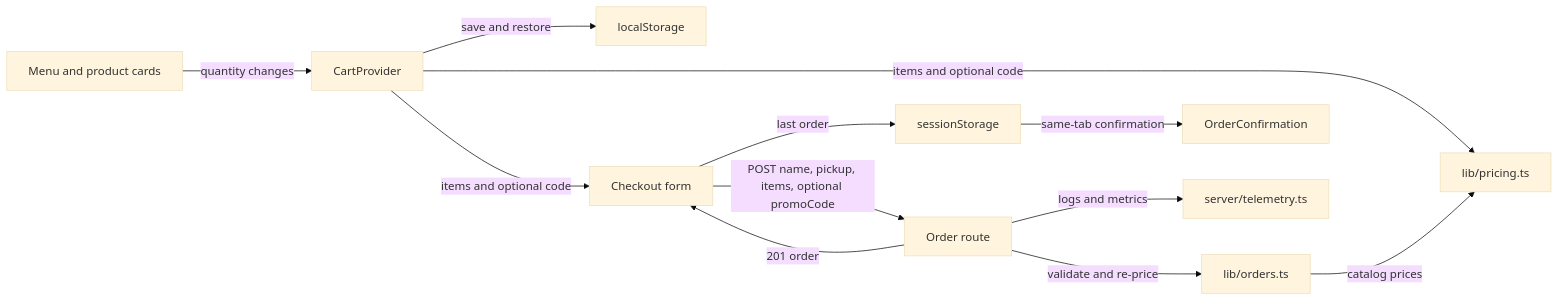
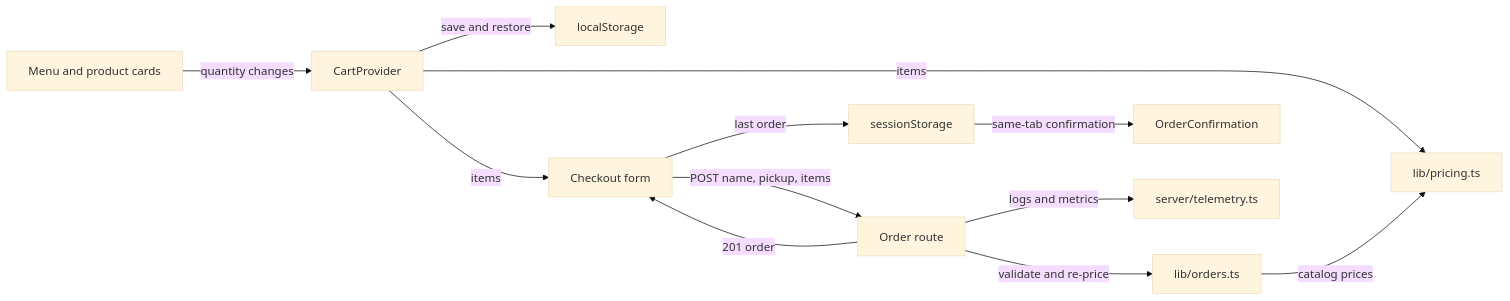
The first of 2 diagrams in droid-wiki/overview/architecture.md (FactoryDemo/demo-storefront-practice), drawn with Mermaid (base theme) before and after one commit. The commit also changed other lines of this file and 16 other files, not shown here.

````diff
--- a/droid-wiki/overview/architecture.md
+++ b/droid-wiki/overview/architecture.md
@@ -9,14 +9,14 @@
 ```mermaid
 graph LR
   Menu["Menu and product cards"] -->|quantity changes| Cart["CartProvider"]
   Cart -->|save and restore| Local["localStorage"]
-  Cart -->|items and optional code| Pricing["lib/pricing.ts"]
-  Cart -->|items and optional code| Checkout["Checkout form"]
-  Checkout -->|POST name, pickup, items, optional promoCode| API["Order route"]
+  Cart -->|items| Pricing["lib/pricing.ts"]
+  Cart -->|items| Checkout["Checkout form"]
+  Checkout -->|POST name, pickup, items| API["Order route"]
   API -->|validate and re-price| Orders["lib/orders.ts"]
   Orders -->|catalog prices| Pricing
   API -->|201 order| Checkout
   Checkout -->|last order| Session["sessionStorage"]
   Session -->|same-tab confirmation| Confirmation["OrderConfirmation"]
   API -->|logs and metrics| Telemetry["server/telemetry.ts"]
 ```
````
